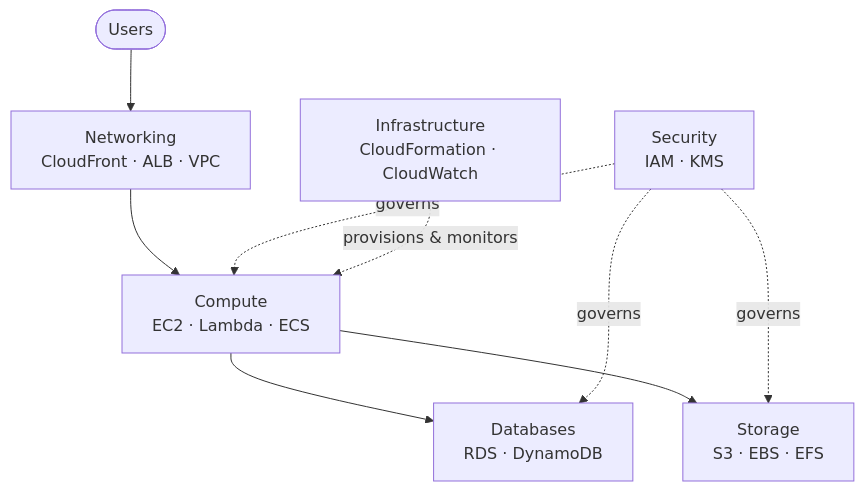
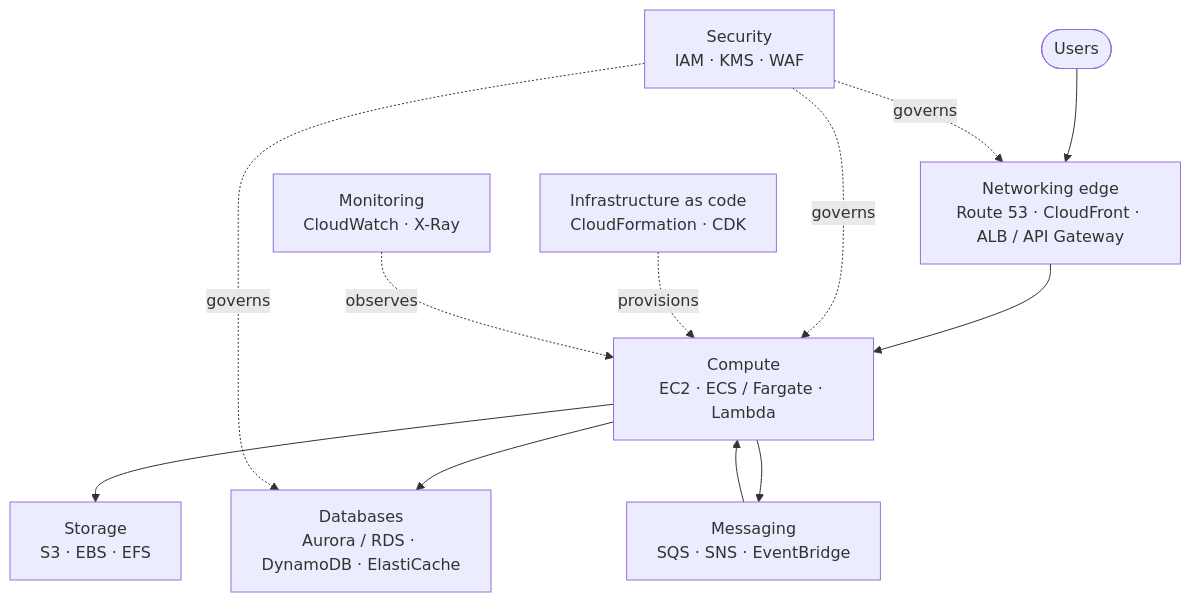
One commit to AndrewAltimit/Documentation changed the first of 2 diagrams in github-pages/docs/technology/aws/index.md. Above: the diagram before and after it, drawn with Mermaid. The commit also changed other lines of this file and 240 other files, not shown here.

````diff
--- a/github-pages/docs/technology/aws/index.md
+++ b/github-pages/docs/technology/aws/index.md
@@ -79,11 +40,14 @@
 ```mermaid
 flowchart TB
-    Users([Users]) --> Net["Networking<br/>CloudFront · ALB · VPC"]
-    Net --> Compute["Compute<br/>EC2 · Lambda · ECS"]
-    Compute --> DB["Databases<br/>RDS · DynamoDB"]
+    Users([Users]) --> Edge["Networking edge<br/>Route 53 · CloudFront · ALB / API Gateway"]
+    Edge --> Compute["Compute<br/>EC2 · ECS / Fargate · Lambda"]
+    Compute --> DB["Databases<br/>Aurora / RDS · DynamoDB · ElastiCache"]
     Compute --> Storage["Storage<br/>S3 · EBS · EFS"]
-    Sec["Security<br/>IAM · KMS"] -.governs.-> Compute
-    Sec -.governs.-> DB
-    Sec -.governs.-> Storage
-    Infra["Infrastructure<br/>CloudFormation · CloudWatch"] -.provisions & monitors.-> Compute
+    Compute --> Msg["Messaging<br/>SQS · SNS · EventBridge"]
+    Msg --> Compute
+    Sec["Security<br/>IAM · KMS · WAF"] -. governs .-> Edge
+    Sec -. governs .-> Compute
+    Sec -. governs .-> DB
+    IaC["Infrastructure as code<br/>CloudFormation · CDK"] -. provisions .-> Compute
+    Obs["Monitoring<br/>CloudWatch · X-Ray"] -. observes .-> Compute
 ```
````
